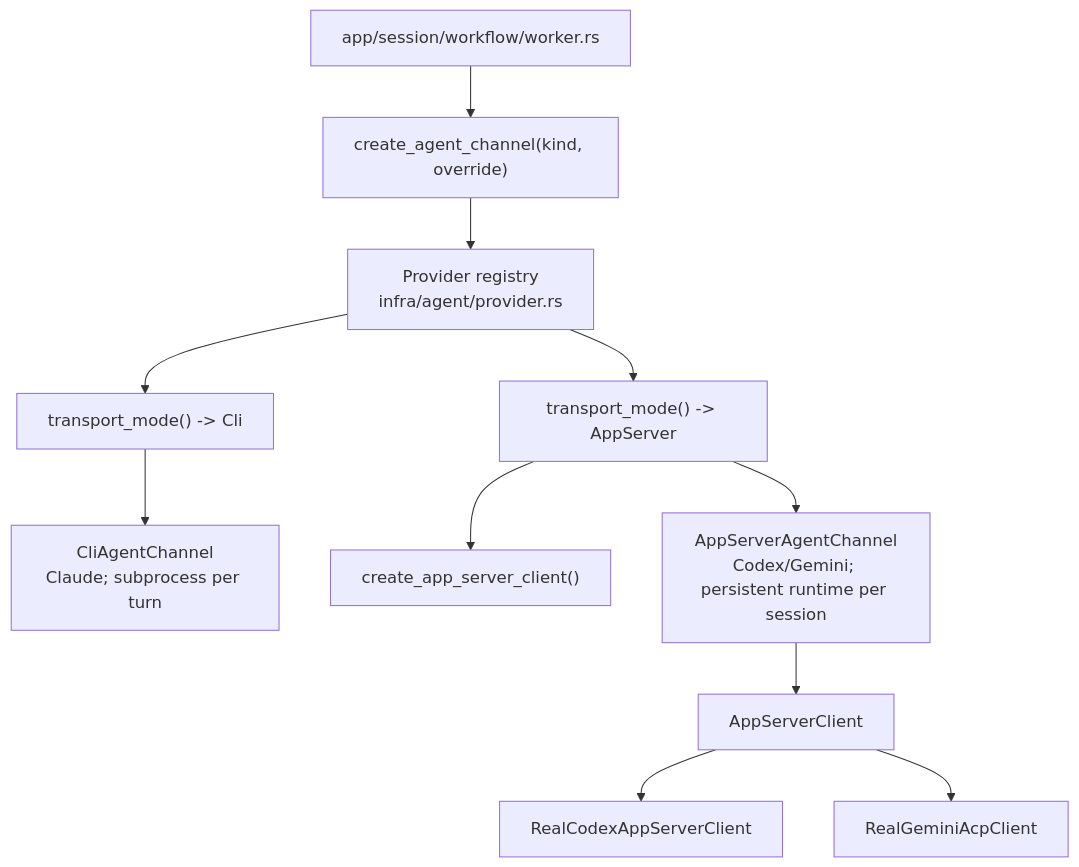
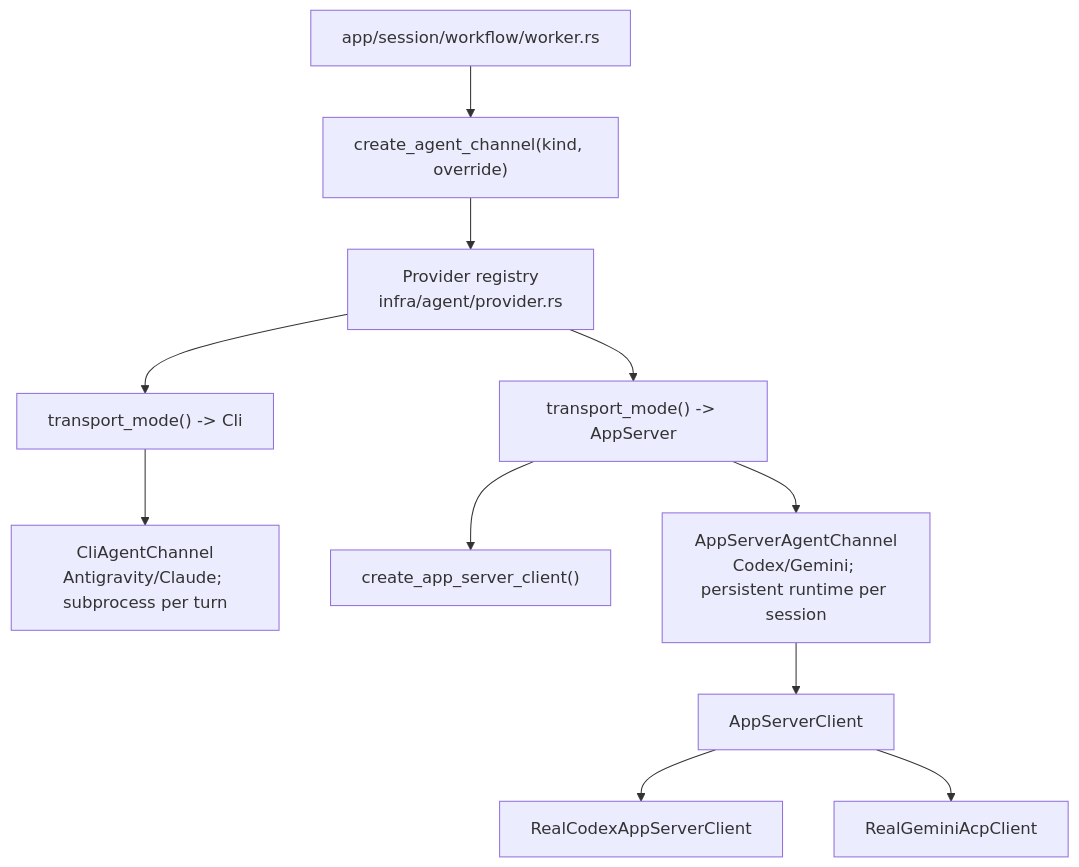
The fourth of 4 diagrams in docs/site/content/docs/architecture/runtime-flow.md (agentty-xyz/agentty), drawn with Mermaid before and after one commit. The commit also changed other lines of this file and 16 other files, not shown here.

First line of the commit message:
Add Antigravity CLI backend support

````diff
--- a/docs/site/content/docs/architecture/runtime-flow.md
+++ b/docs/site/content/docs/architecture/runtime-flow.md
@@ -499,25 +499,25 @@
 ```mermaid
 flowchart TD
   worker["app/session/workflow/worker.rs"]
   factory["create_agent_channel(kind, override)"]
   provider["Provider registry<br/>infra/agent/provider.rs"]
   cli_mode["transport_mode() -> Cli"]
-  cli_channel["CliAgentChannel<br/>Claude; subprocess per turn"]
+  cli_channel["CliAgentChannel<br/>Antigravity/Claude; subprocess per turn"]
   app_server_mode["transport_mode() -> AppServer"]
   app_server_client["create_app_server_client()"]
   app_server_channel["AppServerAgentChannel<br/>Codex/Gemini; persistent runtime per session"]
   client_trait["AppServerClient"]
   codex_client["RealCodexAppServerClient"]
   gemini_client["RealGeminiAcpClient"]
 
   worker --> factory
   factory --> provider
   provider --> cli_mode
   cli_mode --> cli_channel
   provider --> app_server_mode
   app_server_mode --> app_server_client
   app_server_mode --> app_server_channel
   app_server_channel --> client_trait
   client_trait --> codex_client
   client_trait --> gemini_client
 ```
````
